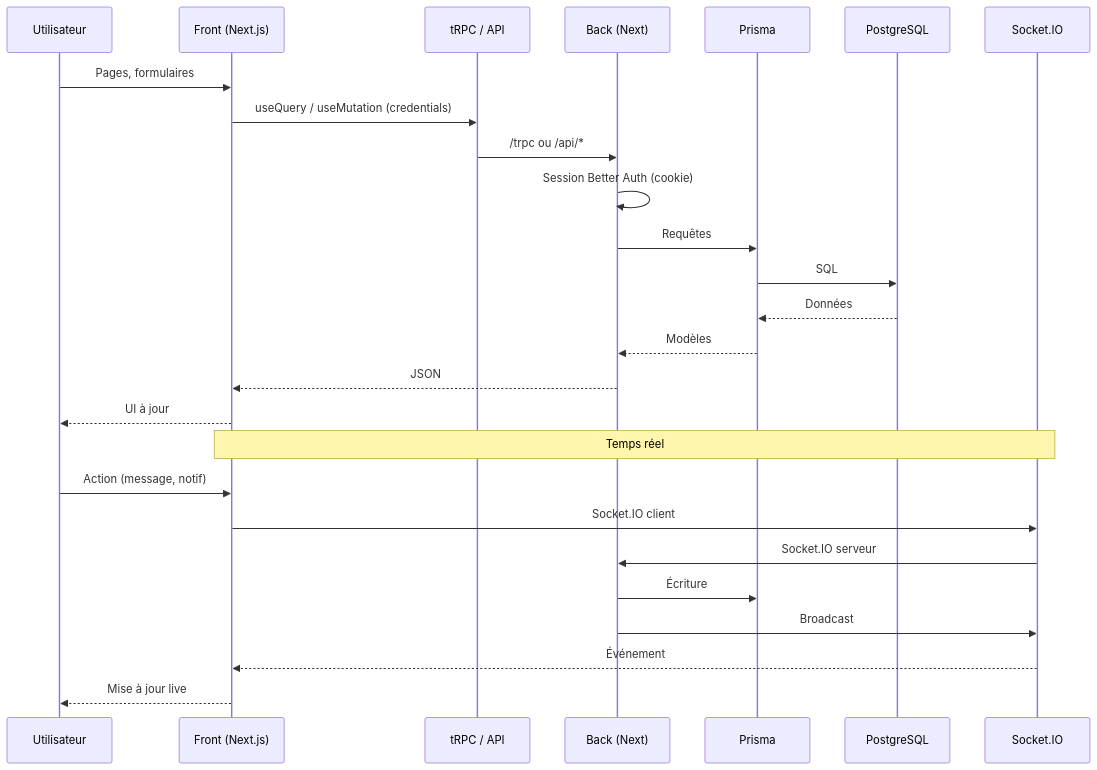
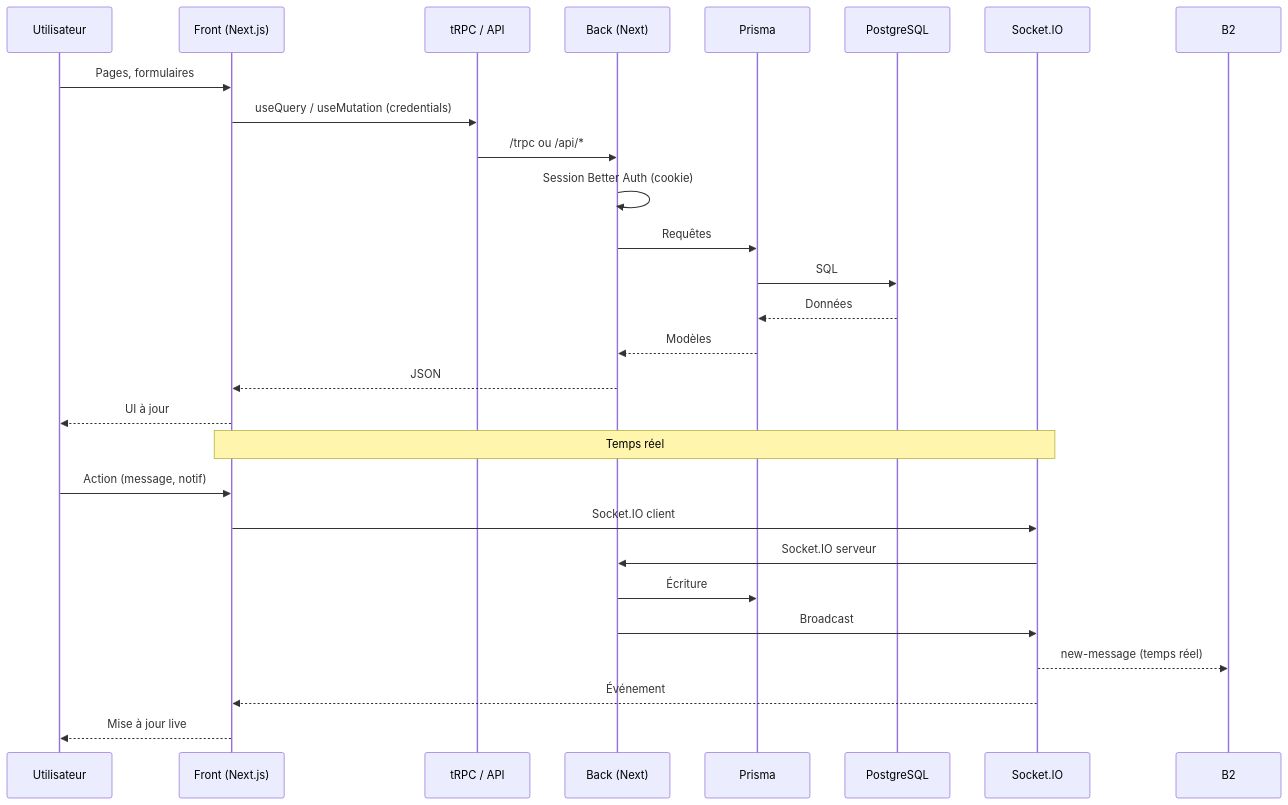
One commit to alice-444/ls_app changed the fourth of 24 diagrams in docs/architecture.md. Above: the diagram before and after it, drawn with Mermaid. The commit also changed other lines of this file and 2 other files, not shown here.

Commit message:
chore(docs): update architecture documentation to include shared package details and correct minor typos; add ai_docs to .gitignore

````diff
--- a/docs/architecture.md
+++ b/docs/architecture.md
@@ -170,30 +173,31 @@
 ```mermaid
 sequenceDiagram
   participant U as Utilisateur
   participant F as Front (Next.js)
   participant T as tRPC / API
   participant B as Back (Next)
   participant P as Prisma
   participant DB as PostgreSQL
   participant S as Socket.IO
 
   U->>F: Pages, formulaires
   F->>T: useQuery / useMutation (credentials)
   T->>B: /trpc ou /api/*
   B->>B: Session Better Auth (cookie)
   B->>P: Requêtes
   P->>DB: SQL
   DB-->>P: Données
   P-->>B: Modèles
   B-->>F: JSON
   F-->>U: UI à jour
 
   Note over F,S: Temps réel
   U->>F: Action (message, notif)
   F->>S: Socket.IO client
   S->>B: Socket.IO serveur
   B->>P: Écriture
   B->>S: Broadcast
+  S-->>B2: new-message (temps réel)
   S-->>F: Événement
   F-->>U: Mise à jour live
 ```
````
